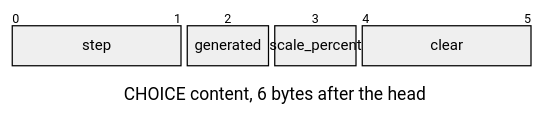
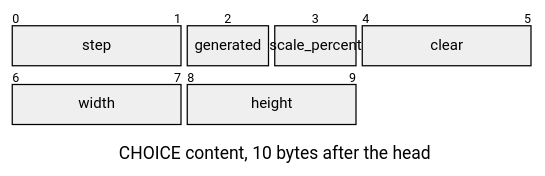
One commit to jose-villegas/autana changed the fifth of 9 diagrams in docs/tools/Frame-Record-Format.md. Above: the diagram before and after it, drawn with Mermaid. The commit also changed other lines of this file and 12 other files, not shown here.

````diff
--- a/docs/tools/Frame-Record-Format.md
+++ b/docs/tools/Frame-Record-Format.md
@@ -104,15 +106,17 @@
 ```mermaid
 ---
 config:
   themeCSS: "g:nth-of-type(2) rect:nth-of-type(1) { fill: #e3e3e3 !important; } g:nth-of-type(2) rect:nth-of-type(2) { fill: #e3e3e3 !important; } g:nth-of-type(2) rect:nth-of-type(3) { fill: #e3e3e3 !important; } g:nth-of-type(2) rect:nth-of-type(4) { fill: #e3e3e3 !important; } .packetLabel { fill: #1b1b1b !important; }"
   packet:
     bitsPerRow: 6
     bitWidth: 70
 ---
 packet-beta
-title CHOICE content, 6 bytes after the head
+title CHOICE content, 10 bytes after the head
 0-1: "step"
 2-2: "generated"
 3-3: "scale_percent"
 4-5: "clear"
+6-7: "width"
+8-9: "height"
 ```
````
